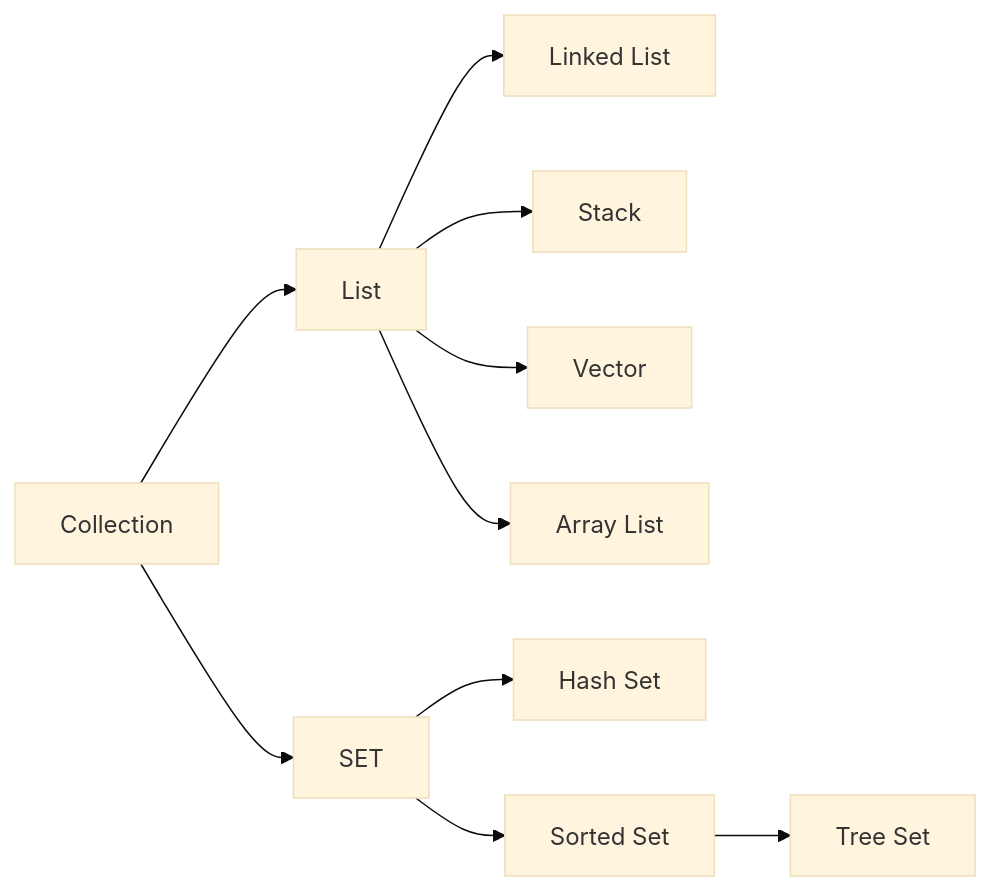
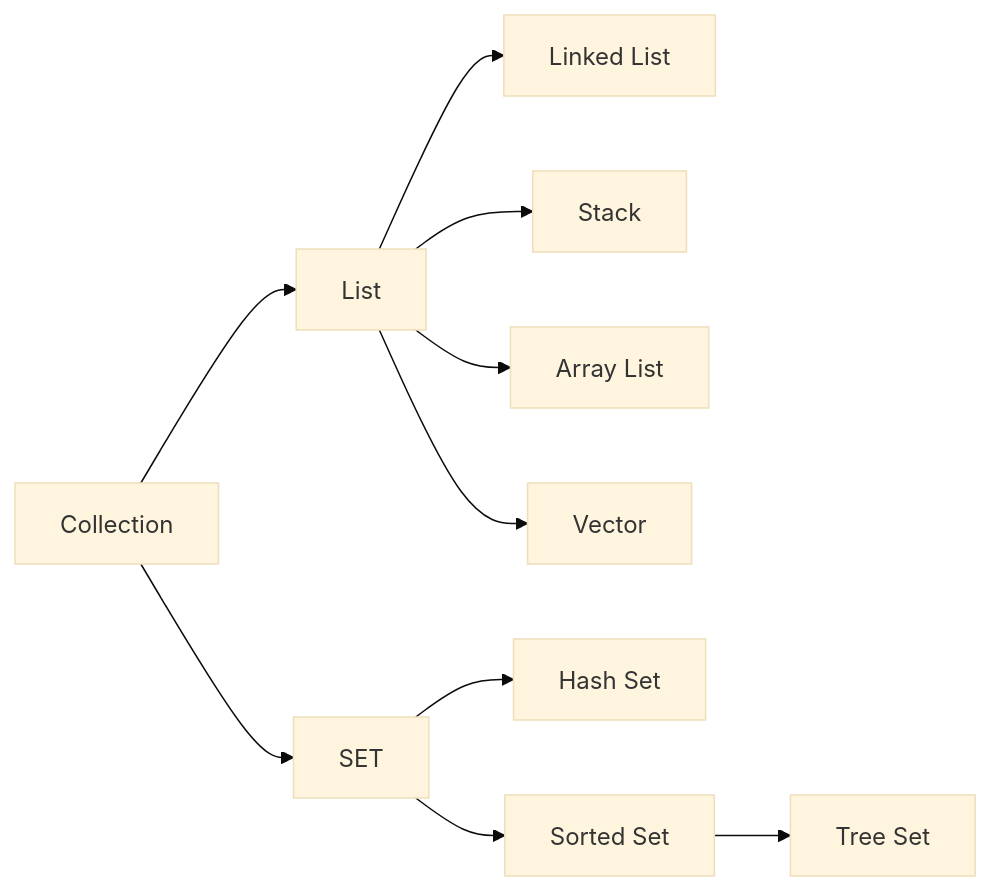
One commit to MyungSeok/Gitbook changed the first of 2 diagrams in 03.-back-end/01.-java.md. Above: the diagram before and after it, drawn with Mermaid (base theme). The commit also changed other lines of this file and 6 other files, not shown here.

````diff
--- a/03.-back-end/01.-java.md
+++ b/03.-back-end/01.-java.md
@@ -66,12 +68,12 @@
 ```mermaid
   graph LR
   A["Collection"] --> B["List"]
   B --> D["Linked List"]
   B --> E["Stack"]
-  B --> F["Vector"]
-  B --> G["Array List"]
+  B --> F["Array List"]
+  B --> G["Vector"]
   A --> C["SET"]
   C --> H["Hash Set"]
   C --> I["Sorted Set"]
   I --> J["Tree Set"]
 ```
````
